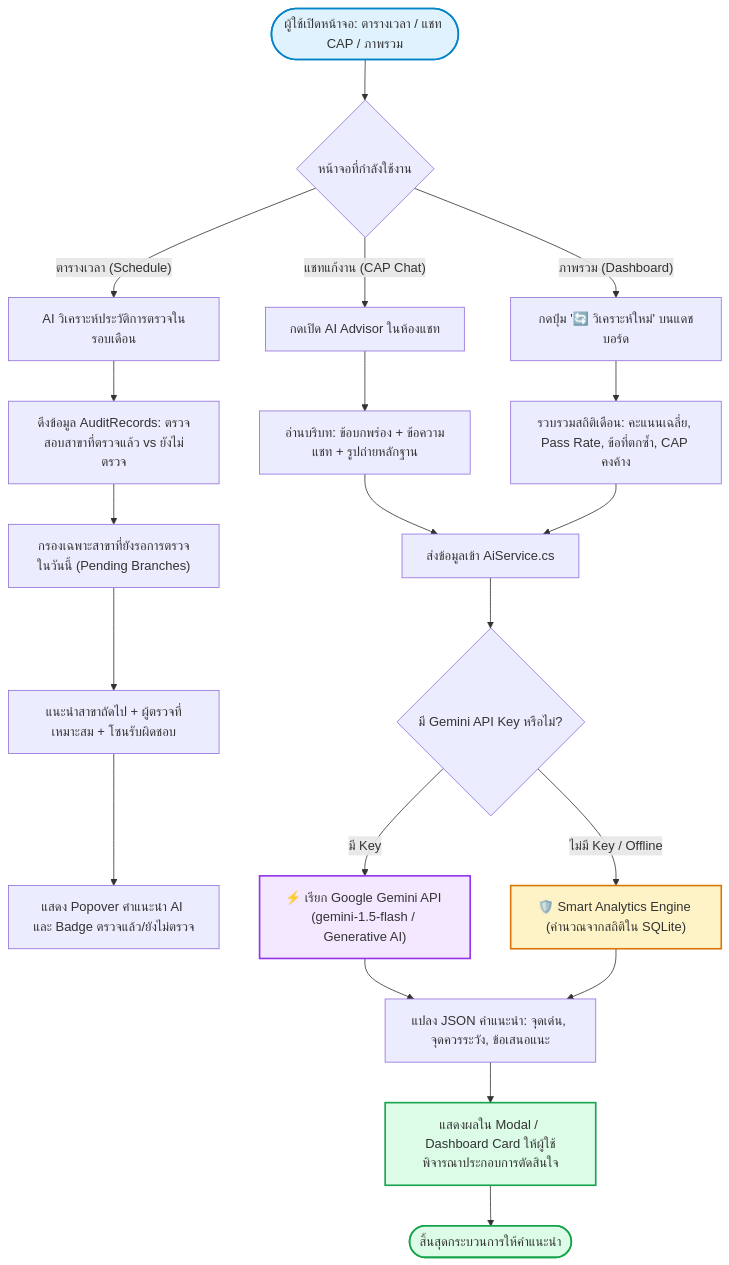
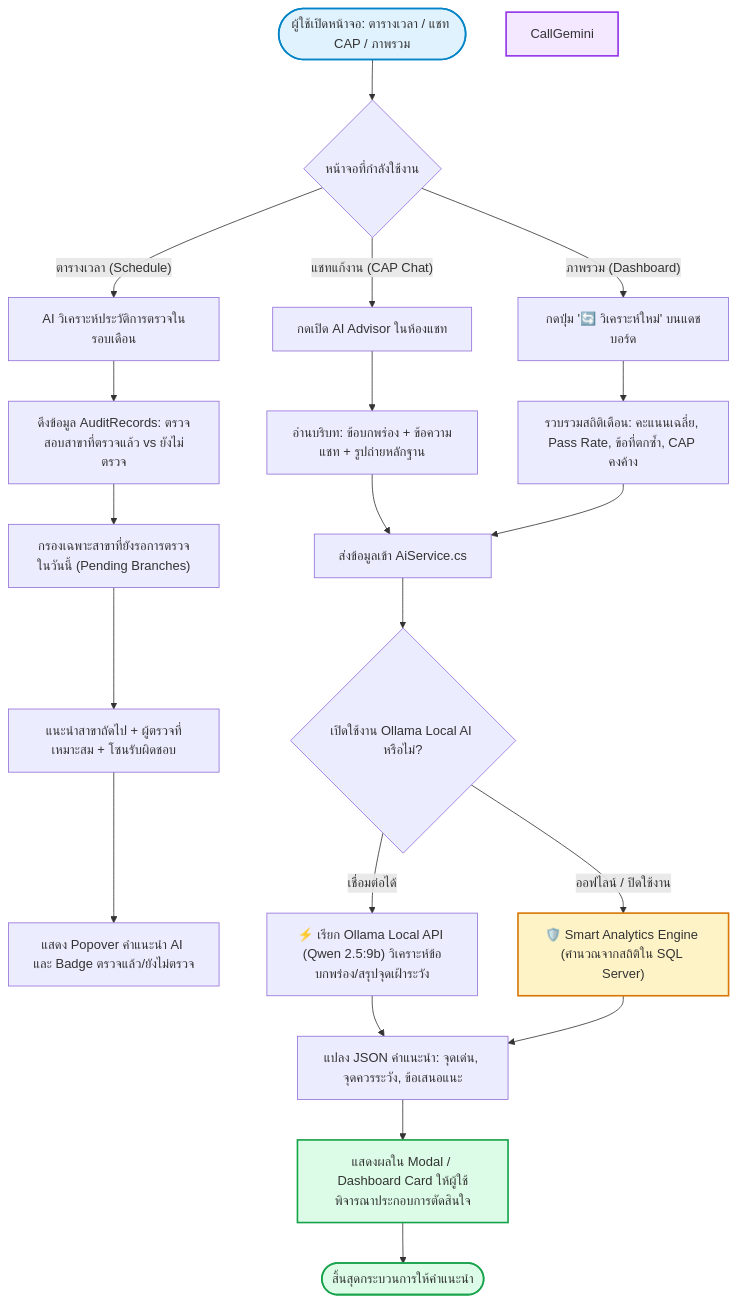
One commit to jirawat659/qsc-system changed the sixth of 7 diagrams in SYSTEM_FLOWCHARTS.md. Above: the diagram before and after it, drawn with Mermaid. The commit also changed other lines of this file and 3 other files, not shown here.

Commit message:
docs: update system documentation, ERD, data dictionary, and flowcharts

````diff
--- a/SYSTEM_FLOWCHARTS.md
+++ b/SYSTEM_FLOWCHARTS.md
@@ -243,38 +243,38 @@
 ```mermaid
 flowchart TD
     UserTrigger(["ผู้ใช้เปิดหน้าจอ: ตารางเวลา / แชท CAP / ภาพรวม"]) --> CheckScreen{"หน้าจอที่กำลังใช้งาน"}
     
     %% 📅 1. หน้าตารางเวลา (Schedule AI)
     CheckScreen -->|"ตารางเวลา (Schedule)"| TriggerScheduleAI["AI วิเคราะห์ประวัติการตรวจในรอบเดือน"]
     TriggerScheduleAI --> QueryAudited["ดึงข้อมูล AuditRecords: ตรวจสอบสาขาที่ตรวจแล้ว vs ยังไม่ตรวจ"]
     QueryAudited --> FilterToday["กรองเฉพาะสาขาที่ยังรอการตรวจในวันนี้ (Pending Branches)"]
     FilterToday --> SuggestBranch["แนะนำสาขาถัดไป + ผู้ตรวจที่เหมาะสม + โซนรับผิดชอบ"]
     SuggestBranch --> RenderSchedulePopover["แสดง Popover คำแนะนำ AI และ Badge ตรวจแล้ว/ยังไม่ตรวจ"]
 
     %% 💬 2. หน้าแก้ไขงานและห้องแชท (CAP AI)
     CheckScreen -->|"แชทแก้งาน (CAP Chat)"| TriggerCapAI["กดเปิด AI Advisor ในห้องแชท"]
     TriggerCapAI --> ReadCapContext["อ่านบริบท: ข้อบกพร่อง + ข้อความแชท + รูปถ่ายหลักฐาน"]
     ReadCapContext --> CallAiService["ส่งข้อมูลเข้า AiService.cs"]
     
     %% 📊 3. หน้าภาพรวม (Dashboard AI)
     CheckScreen -->|"ภาพรวม (Dashboard)"| TriggerDashAI["กดปุ่ม '🔄 วิเคราะห์ใหม่' บนแดชบอร์ด"]
     TriggerDashAI --> AggregateStats["รวบรวมสถิติเดือน: คะแนนเฉลี่ย, Pass Rate, ข้อที่ตกซ้ำ, CAP คงค้าง"]
     AggregateStats --> CallAiService
 
     %% AI Hybrid Engine Processing
-    CallAiService --> CheckApiKey{"มี Gemini API Key หรือไม่?"}
-    CheckApiKey -->|"มี Key"| CallGemini["⚡ เรียก Google Gemini API (gemini-1.5-flash / Generative AI)"]
-    CheckApiKey -->|"ไม่มี Key / Offline"| SmartFallback["🛡️ Smart Analytics Engine (คำนวณจากสถิติใน SQLite)"]
+    CallAiService --> CheckAiAvailable{"เปิดใช้งาน Ollama Local AI หรือไม่?"}
+    CheckAiAvailable -->|"เชื่อมต่อได้"| CallOllama["⚡ เรียก Ollama Local API (Qwen 2.5:9b) วิเคราะห์ข้อบกพร่อง/สรุปจุดเฝ้าระวัง"]
+    CheckAiAvailable -->|"ออฟไลน์ / ปิดใช้งาน"| SmartFallback["🛡️ Smart Analytics Engine (คำนวณจากสถิติใน SQL Server)"]
     
-    CallGemini --> ParseAiResult["แปลง JSON คำแนะนำ: จุดเด่น, จุดควรระวัง, ข้อเสนอแนะ"]
+    CallOllama --> ParseAiResult["แปลง JSON คำแนะนำ: จุดเด่น, จุดควรระวัง, ข้อเสนอแนะ"]
     SmartFallback --> ParseAiResult
     
     ParseAiResult --> RenderAdvisorModal["แสดงผลใน Modal / Dashboard Card ให้ผู้ใช้พิจารณาประกอบการตัดสินใจ"]
     RenderAdvisorModal --> EndAI(["สิ้นสุดกระบวนการให้คำแนะนำ"])
 
     style UserTrigger fill:#e0f2fe,stroke:#0284c7,stroke-width:2px
     style CallGemini fill:#f3e8ff,stroke:#9333ea,stroke-width:2px
     style SmartFallback fill:#fef3c7,stroke:#d97706,stroke-width:2px
     style RenderAdvisorModal fill:#dcfce7,stroke:#16a34a,stroke-width:2px
     style EndAI fill:#dcfce7,stroke:#16a34a,stroke-width:2px
 ```
````
